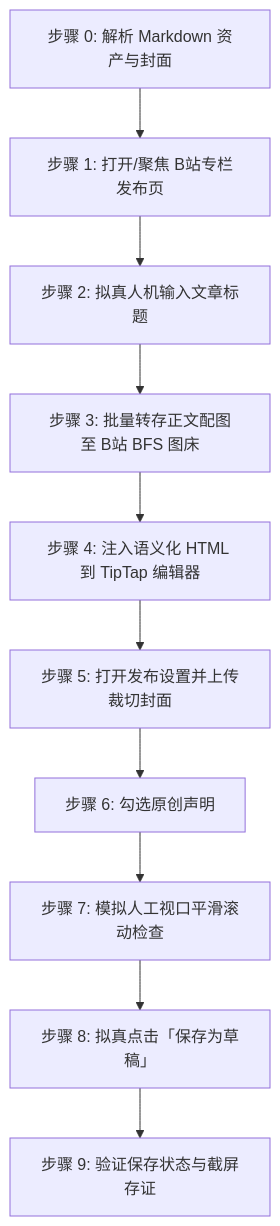
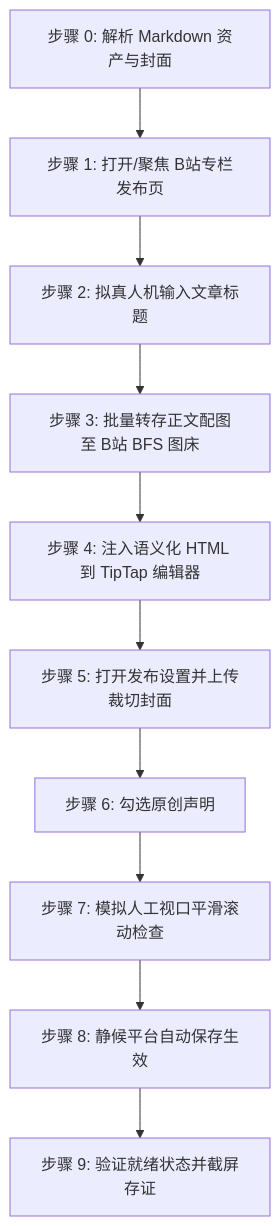
One commit to undsky/doudou-publish-skills changed the first of 2 diagrams in skills/doudou-bilibili/SKILL.md. Above: the diagram before and after it, drawn with Mermaid. The commit also changed other lines of this file and 24 other files, not shown here.

````diff
--- a/skills/doudou-bilibili/SKILL.md
+++ b/skills/doudou-bilibili/SKILL.md
@@ -134,12 +133,12 @@
 ```mermaid
 flowchart TD
     S0[步骤 0: 解析 Markdown 资产与封面] --> S1[步骤 1: 打开/聚焦 B站专栏发布页]
     S1 --> S2[步骤 2: 拟真人机输入文章标题]
     S2 --> S3[步骤 3: 批量转存正文配图至 B站 BFS 图床]
     S3 --> S4[步骤 4: 注入语义化 HTML 到 TipTap 编辑器]
     S4 --> S5[步骤 5: 打开发布设置并上传裁切封面]
     S5 --> S6[步骤 6: 勾选原创声明]
     S6 --> S7[步骤 7: 模拟人工视口平滑滚动检查]
-    S7 --> S8[步骤 8: 拟真点击「保存为草稿」]
-    S8 --> S9[步骤 9: 验证保存状态与截屏存证]
+    S7 --> S8[步骤 8: 静候平台自动保存生效]
+    S8 --> S9[步骤 9: 验证就绪状态并截屏存证]
 ```
````
